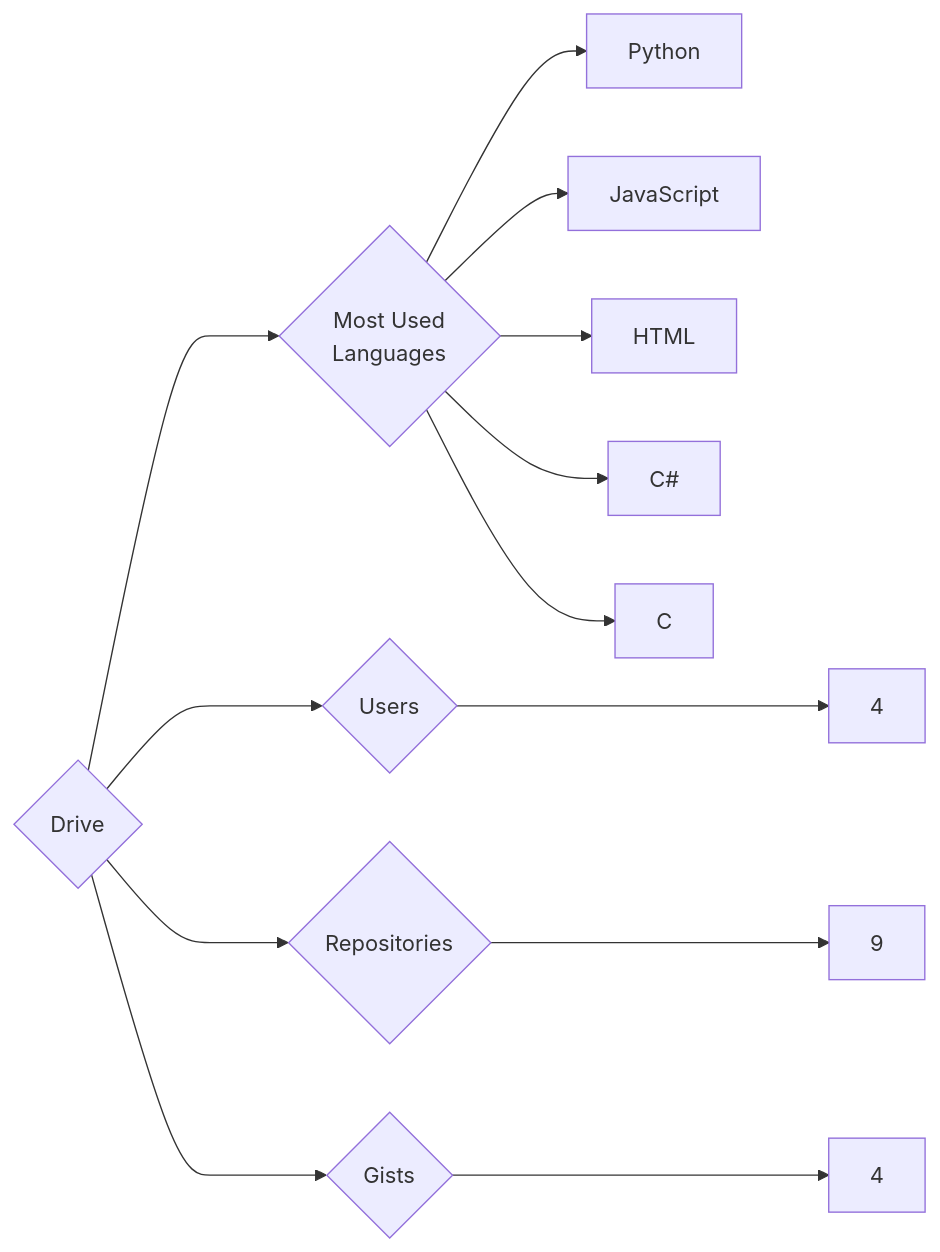
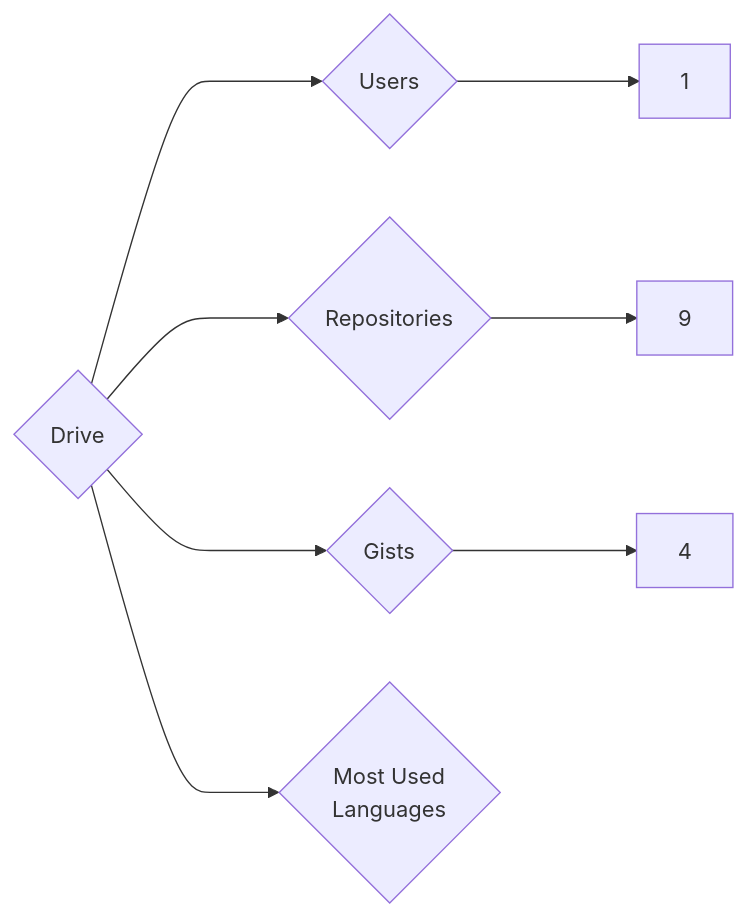
One commit to trickest/insiders changed the diagram in targets/Drive/README.md. Above: the diagram before and after it, drawn with Mermaid. The commit also changed 899 other files, not shown here.

````diff
--- a/targets/Drive/README.md
+++ b/targets/Drive/README.md
@@ -3,13 +3,8 @@
 ```mermaid
 graph LR
 COMPANY_NAME{Drive}
-COMPANY_NAME ---> U{Users} ---> UN[4]
+COMPANY_NAME ---> U{Users} ---> UN[1]
 COMPANY_NAME ---> R{Repositories} ---> RN[9]
 COMPANY_NAME ---> G{Gists} ---> GN[4]
 COMPANY_NAME ---> ML{Most Used<br>Languages}
-ML --> Python[Python]
-ML --> JavaScript[JavaScript]
-ML --> HTML[HTML]
-ML --> C#[C#]
-ML --> C[C]
 ```
````
